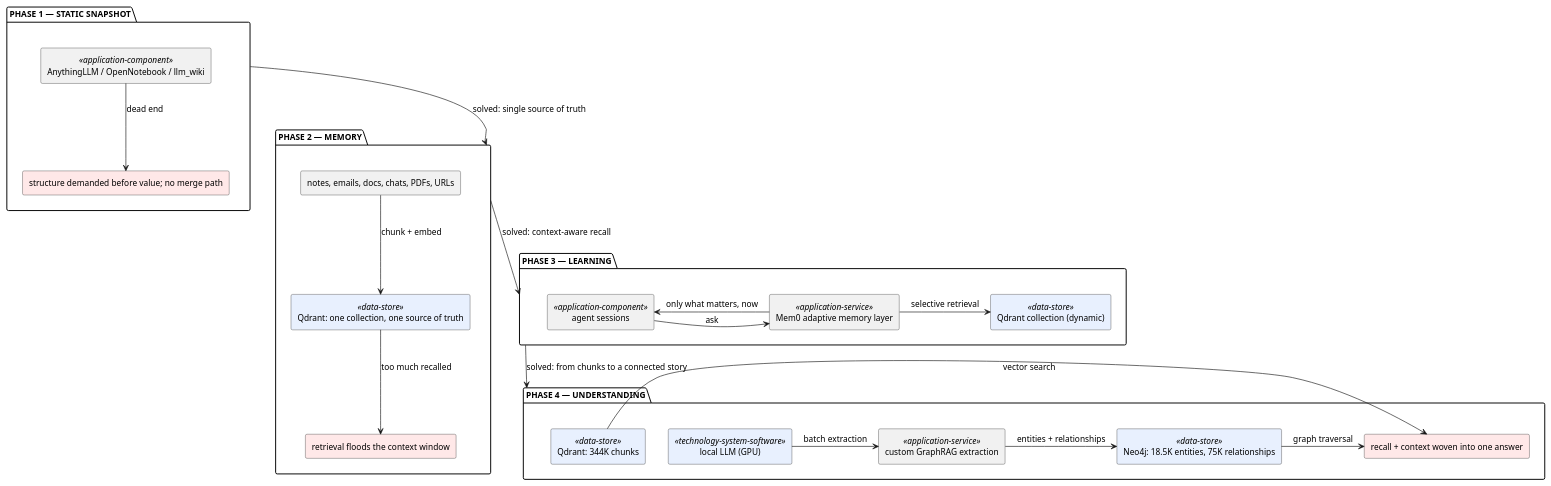
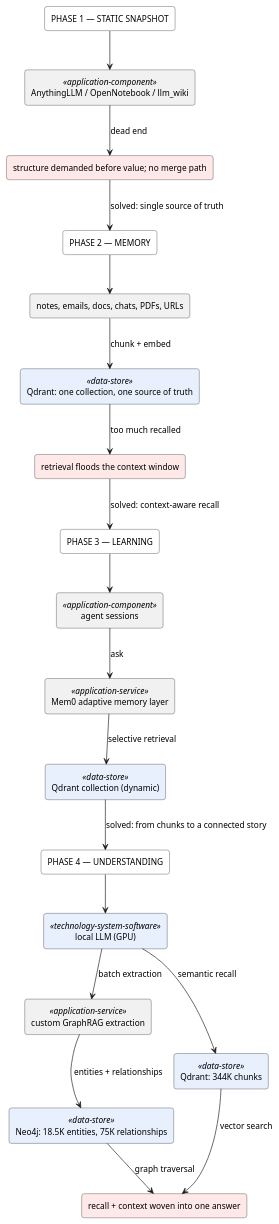
The diagram in assets/2026-08-21-digital-twin-that-scales/evolution.plantuml (terrygzhou/terrygzhou.github.io), drawn with PlantUML before and after one commit. The commit also changed other lines of this file and 7 other files, not shown here.

```diff
--- a/assets/2026-08-21-digital-twin-that-scales/evolution.plantuml
+++ b/assets/2026-08-21-digital-twin-that-scales/evolution.plantuml
@@ -3,47 +3,53 @@
 @startuml
-skinparam archimate {
-    roundCorner 8
-}
 skinparam defaultFontSize 13
+skinparam roundCorner 8
 
 top to bottom direction
 
-package "PHASE 1 — STATIC SNAPSHOT" as p1 {
+together {
+    rectangle "PHASE 1 — STATIC SNAPSHOT" as p1 #FFFFFF
     rectangle "AnythingLLM / OpenNotebook / llm_wiki" as p1snap <<application-component>>
     rectangle "structure demanded before value; no merge path" as p1prob #FFE8E8
+    p1 -down-> p1snap
     p1snap -down-> p1prob : dead end
 }
 
-package "PHASE 2 — MEMORY" as p2 {
+together {
+    rectangle "PHASE 2 — MEMORY" as p2 #FFFFFF
     rectangle "notes, emails, docs, chats, PDFs, URLs" as p2src
     rectangle "Qdrant: one collection, one source of truth" as p2q <<data-store>> #E8F0FE
     rectangle "retrieval floods the context window" as p2ov #FFE8E8
+    p2 -down-> p2src
     p2src -down-> p2q : chunk + embed
     p2q -down-> p2ov : too much recalled
 }
 
-package "PHASE 3 — LEARNING" as p3 {
+together {
+    rectangle "PHASE 3 — LEARNING" as p3 #FFFFFF
     rectangle "agent sessions" as p3a <<application-component>>
     rectangle "Mem0 adaptive memory layer" as p3m <<application-service>>
     rectangle "Qdrant collection (dynamic)" as p3c <<data-store>> #E8F0FE
-    p3a -right-> p3m : ask
-    p3m -right-> p3c : selective retrieval
-    p3m -left-> p3a : only what matters, now
+    p3 -down-> p3a
+    p3a -down-> p3m : ask
+    p3m -down-> p3c : selective retrieval
 }
 
-package "PHASE 4 — UNDERSTANDING" as p4 {
+together {
+    rectangle "PHASE 4 — UNDERSTANDING" as p4 #FFFFFF
     rectangle "local LLM (GPU)" as p4brain <<technology-system-software>> #E8F0FE
+    rectangle "custom GraphRAG extraction" as p4g <<application-service>>
     rectangle "Qdrant: 344K chunks" as p4q <<data-store>> #E8F0FE
     rectangle "Neo4j: 18.5K entities, 75K relationships" as p4neo <<data-store>> #E8F0FE
-    rectangle "custom GraphRAG extraction" as p4g <<application-service>>
     rectangle "recall + context woven into one answer" as p4ans #FFE8E8
-    p4brain -right-> p4g : batch extraction
-    p4g -right-> p4neo : entities + relationships
-    p4q -right-> p4ans : vector search
-    p4neo -right-> p4ans : graph traversal
+    p4 -down-> p4brain
+    p4brain -down-> p4g : batch extraction
+    p4g -down-> p4neo : entities + relationships
+    p4brain -down-> p4q : semantic recall
+    p4q -down-> p4ans : vector search
+    p4neo -down-> p4ans : graph traversal
 }
 
-p1 -down-> p2 : solved: single source of truth
-p2 -down-> p3 : solved: context-aware recall
-p3 -down-> p4 : solved: from chunks to a connected story
+p1prob -down-> p2 : solved: single source of truth
+p2ov -down-> p3 : solved: context-aware recall
+p3c -down-> p4 : solved: from chunks to a connected story
 @enduml
```
